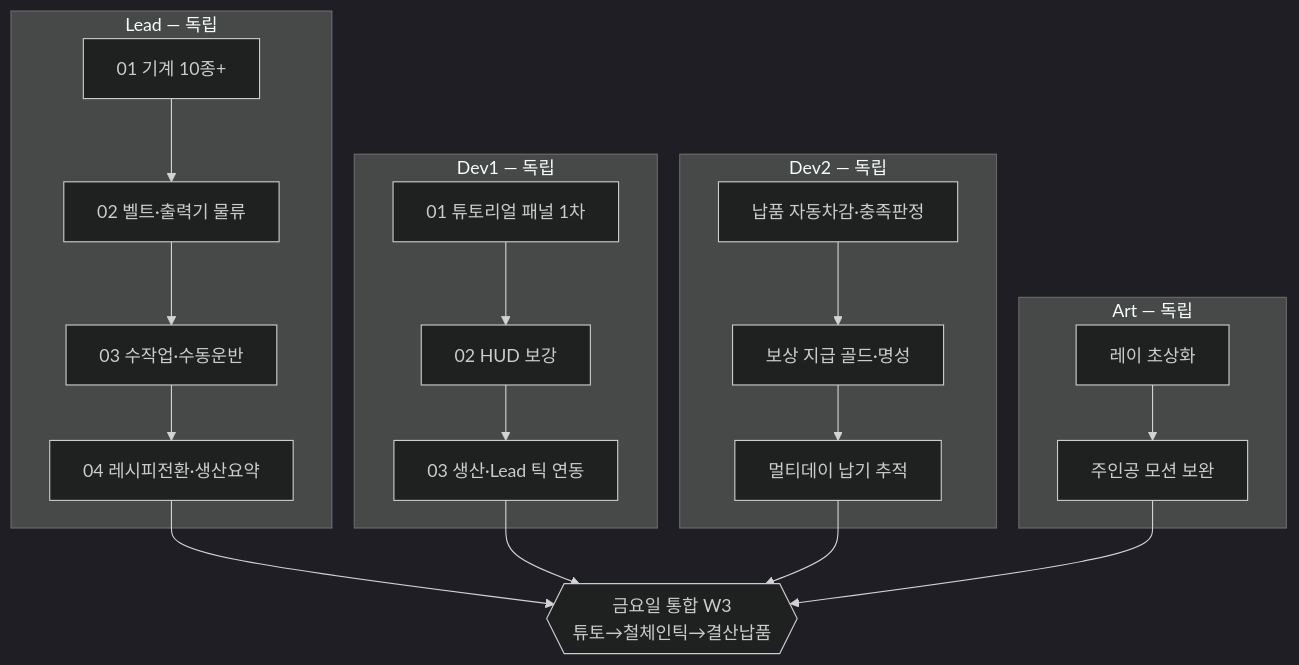
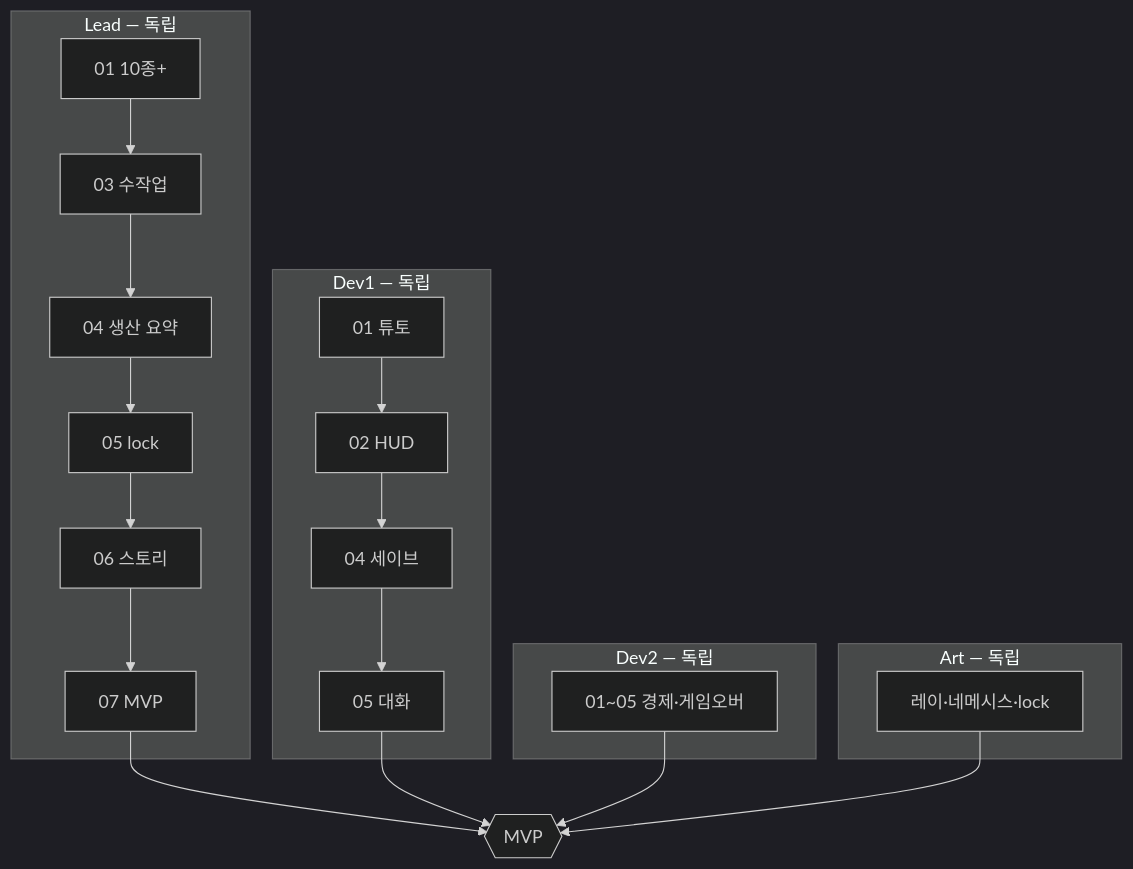
One commit to BARIbrother/DungeonFront changed the fourth of 5 diagrams in Docs/dev-plan/parallel-roadmap.md. Above: the diagram before and after it, drawn with Mermaid (dark theme). The commit also changed other lines of this file and 82 other files, not shown here.

````diff
--- a/Docs/dev-plan/parallel-roadmap.md
+++ b/Docs/dev-plan/parallel-roadmap.md
@@ -210,36 +147,31 @@
 ```mermaid
 flowchart TB
     subgraph Lead_W3["Lead — 독립"]
-        L3A[01 기계 10종+]
-        L3B[02 벨트·출력기 물류]
-        L3C[03 수작업·수동운반]
-        L3D[04 레시피전환·생산요약]
-        L3A --> L3B --> L3C --> L3D
+        L3A[01 10종+]
+        L3C[03 수작업]
+        L3D[04 생산 요약]
+        L3E[05 lock]
+        L3F[06 스토리]
+        L3G[07 MVP]
+        L3A --> L3C --> L3D --> L3E --> L3F --> L3G
     end
 
     subgraph Dev1_W3["Dev1 — 독립"]
-        D3A[01 튜토리얼 패널 1차]
-        D3B[02 HUD 보강]
-        D3C[03 생산·Lead 틱 연동]
-        D3A --> D3B --> D3C
+        D3A[01 튜토]
+        D3B[02 HUD]
+        D3D[04 세이브]
+        D3E[05 대화]
+        D3A --> D3B --> D3D --> D3E
     end
 
     subgraph Dev2_W3["Dev2 — 독립"]
-        D3D[납품 자동차감·충족판정]
-        D3E[보상 지급 골드·명성]
-        D3F[멀티데이 납기 추적]
-        D3D --> D3E --> D3F
+        D3F[01~05 경제·게임오버]
     end
 
     subgraph Art_W3["Art — 독립"]
-        A3A[레이 초상화]
-        A3B[주인공 모션 보완]
-        A3A --> A3B
+        A3A[레이·네메시스·lock]
     end
 
-    INT_W3{{"금요일 통합 W3<br/>튜토→철체인틱→결산납품"}}
-    L3D --> INT_W3
-    D3C --> INT_W3
-    D3F --> INT_W3
-    A3B --> INT_W3
+    MVP{{"MVP"}}
+    L3G & D3E & D3F & A3A --> MVP
 ```
````
